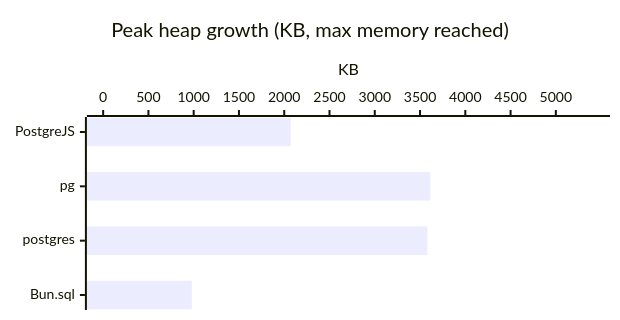
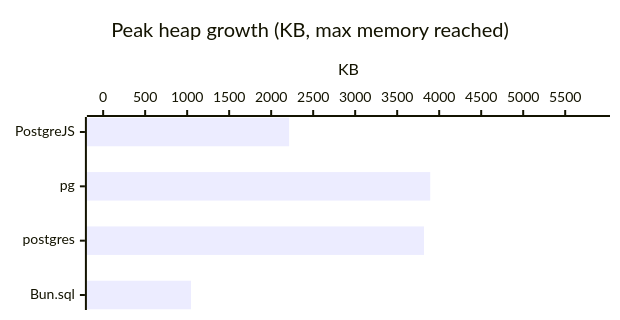
One commit to panates/postgrejs changed the sixth of 47 diagrams in doc/BENCHMARKS-bun.md. Above: the diagram before and after it, drawn with Mermaid. The commit also changed other lines of this file and 1 other file, not shown here.

````diff
--- a/doc/BENCHMARKS-bun.md
+++ b/doc/BENCHMARKS-bun.md
@@ -174,8 +176,8 @@
 ```mermaid
 %%{init: {'xyChart': {'width': 600, 'height': 300, 'chartOrientation': 'horizontal'}}}%%
 xychart-beta
     title "Peak heap growth (KB, max memory reached)"
     x-axis ["PostgreJS", "pg", "postgres", "Bun.sql"]
-    y-axis "KB" 0.0000 --> 5418.7690
-    bar [2071.9707, 3612.5127, 3581.2119, 979.6094]
+    y-axis "KB" 0.0000 --> 5840.0171
+    bar [2213.5957, 3893.3447, 3819.1543, 1046.2617]
 ```
````
